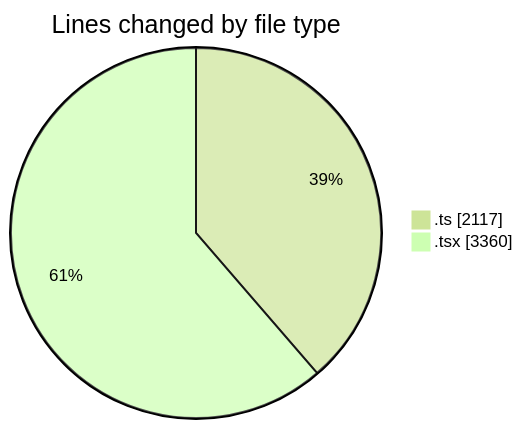
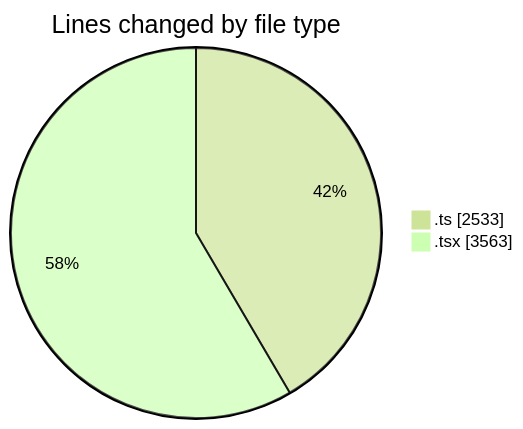
One commit to momahboobian/code-tracking changed the first of 2 diagrams in 2025-07-01/cda/README.md. Above: the diagram before and after it, drawn with Mermaid (forest theme). The commit also changed other lines of this file and 1 other file, not shown here.

````diff
--- a/2025-07-01/cda/README.md
+++ b/2025-07-01/cda/README.md
@@ -34,6 +36,6 @@
 ```mermaid
 pie showData
 title Lines changed by file type
-".ts" : 2117
-".tsx" : 3360
+".ts" : 2533
+".tsx" : 3563
 ```
````
